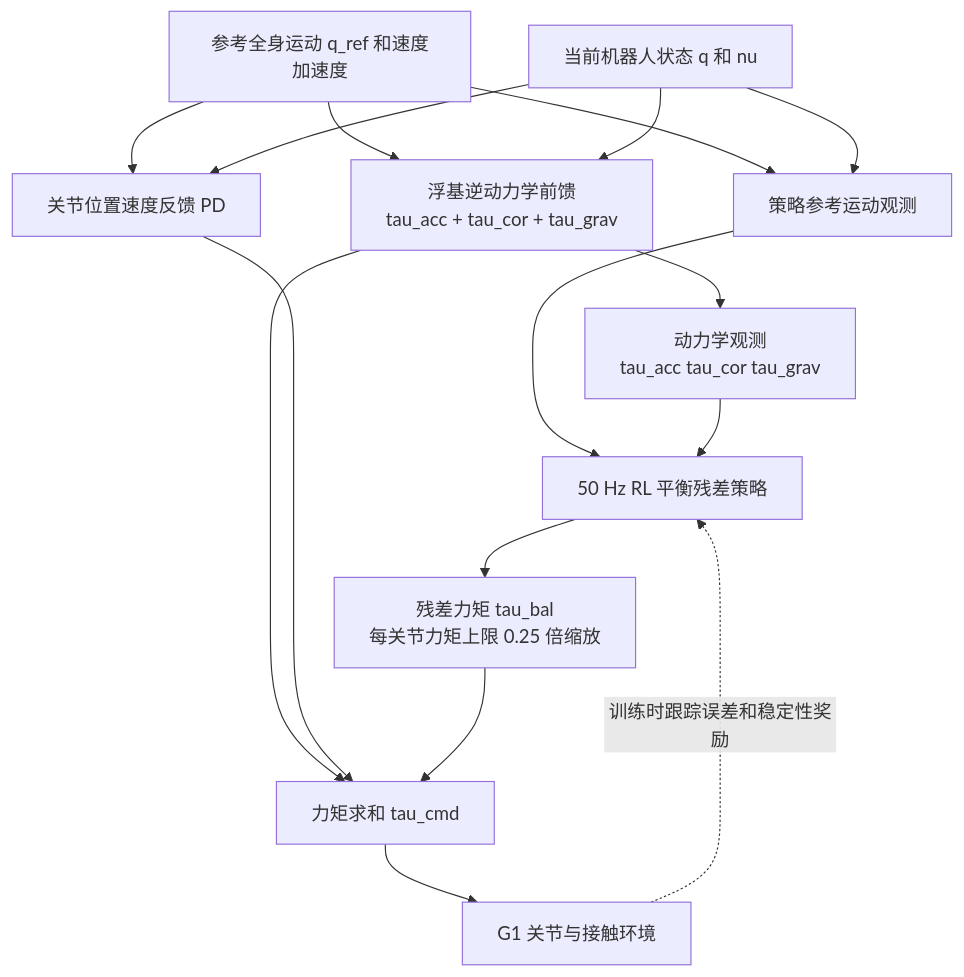
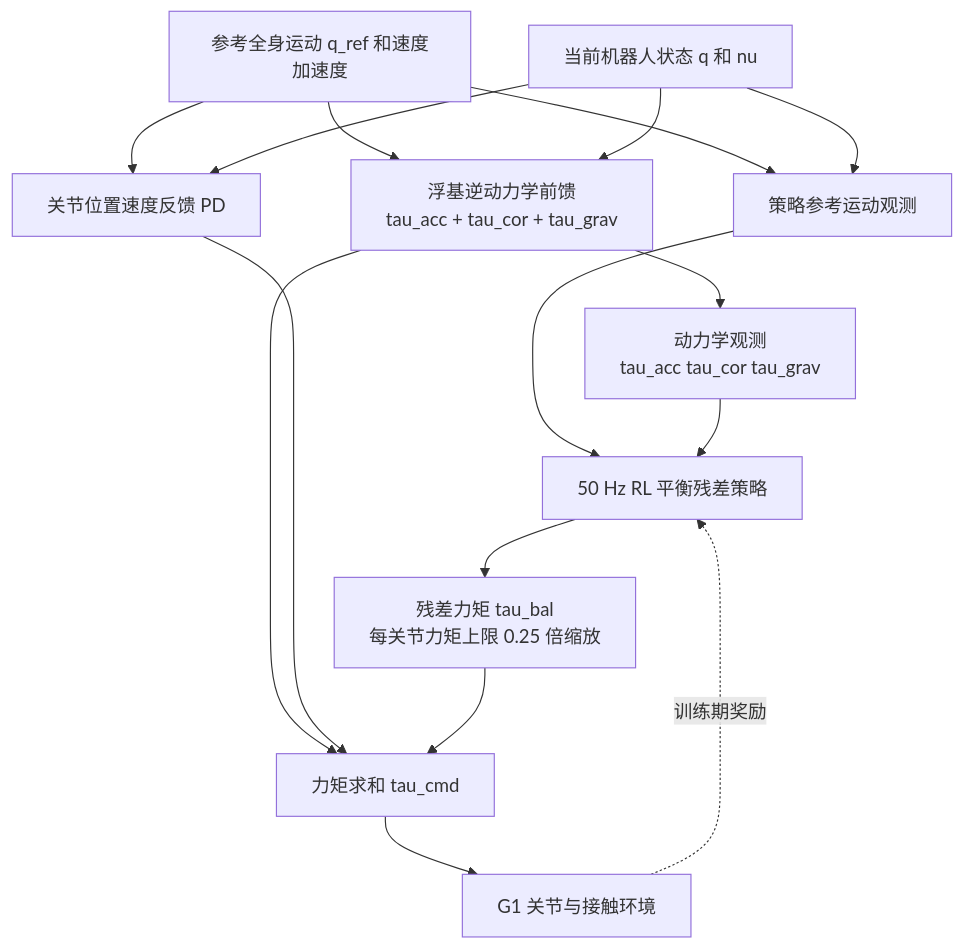
Before and after one commit to ImChong/Robotics_Notebooks: the diagram in wiki/entities/paper-dkwbc.md, drawn with Mermaid. The commit also changed other lines of this file, not shown here.

Commit message:
fix(wiki): 规范 DKWBC 源码时序说明和 Mermaid 虚线标签

````diff
--- a/wiki/entities/paper-dkwbc.md
+++ b/wiki/entities/paper-dkwbc.md
@@ -71,18 +71,18 @@
 ```mermaid
 flowchart TD
   REF["参考全身运动 q_ref 和速度加速度"] --> ID["浮基逆动力学前馈<br/>tau_acc + tau_cor + tau_grav"]
   REF --> PD["关节位置速度反馈 PD"]
   S["当前机器人状态 q 和 nu"] --> ID
   S --> PD
   REF --> OBS["策略参考运动观测"]
   S --> OBS
   ID --> OBS2["动力学观测<br/>tau_acc tau_cor tau_grav"]
   OBS --> RL["50 Hz RL 平衡残差策略"]
   OBS2 --> RL
   RL --> RES["残差力矩 tau_bal<br/>每关节力矩上限 0.25 倍缩放"]
   ID --> SUM["力矩求和 tau_cmd"]
   PD --> SUM
   RES --> SUM
   SUM --> PLANT["G1 关节与接触环境"]
-  PLANT -. "训练时跟踪误差和稳定性奖励" .-> RL
+  PLANT -. 训练期奖励 .-> RL
 ```
````
